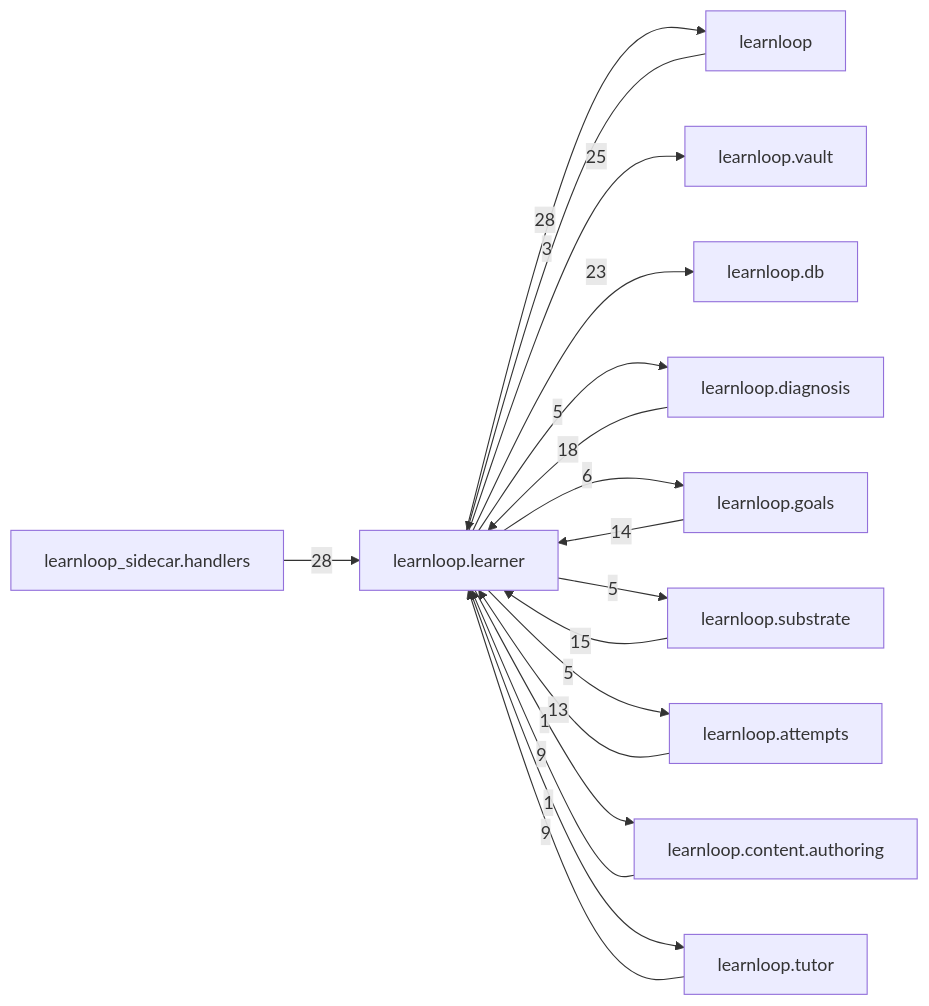
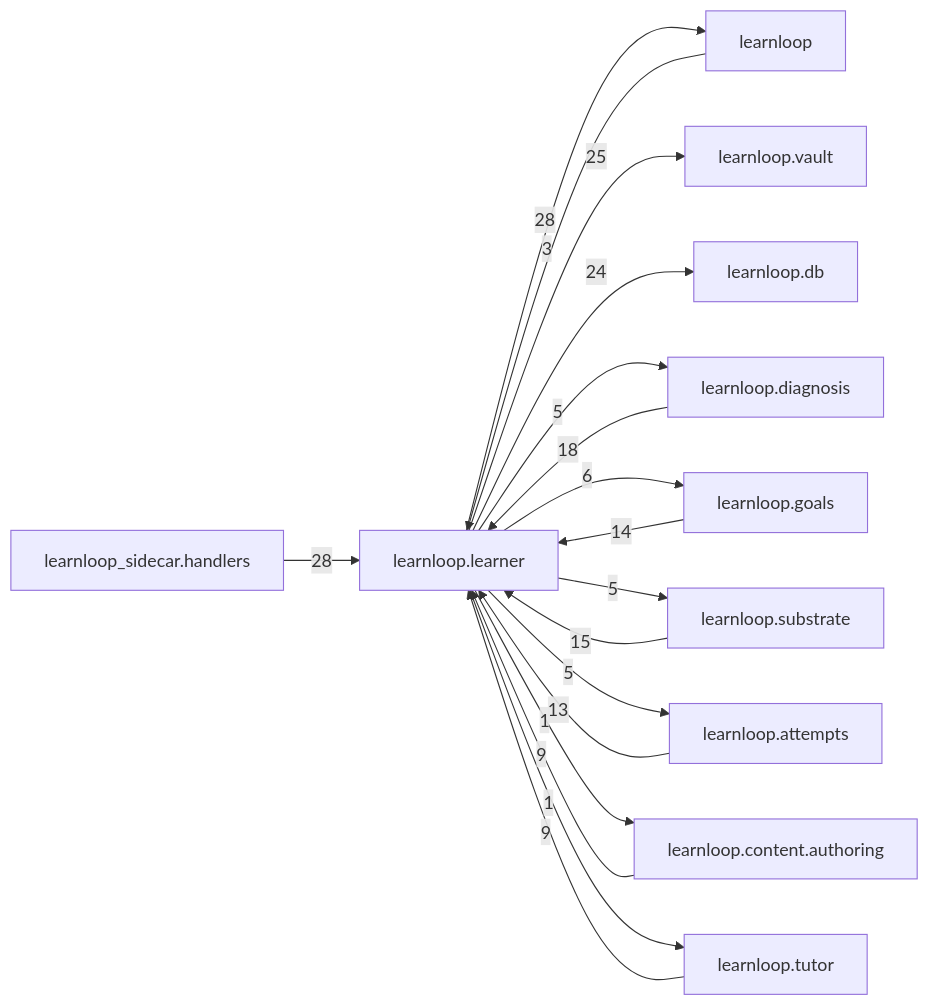
The diagram in docs/learnloop-architecture-vault/Reference/Modules/learnloop/learner/_package.md (6up-b/learnanything), drawn with Mermaid before and after one commit. The commit also changed other lines of this file and 49 other files, not shown here.

````diff
--- a/docs/learnloop-architecture-vault/Reference/Modules/learnloop/learner/_package.md
+++ b/docs/learnloop-architecture-vault/Reference/Modules/learnloop/learner/_package.md
@@ -156,31 +156,31 @@
 ```mermaid
 flowchart LR
     center["learnloop.learner"]
     n_learnloop["learnloop"]
     n_learnloop_sidecar_handlers["learnloop_sidecar.handlers"]
     n_learnloop_vault["learnloop.vault"]
     n_learnloop_db["learnloop.db"]
     n_learnloop_diagnosis["learnloop.diagnosis"]
     n_learnloop_goals["learnloop.goals"]
     n_learnloop_substrate["learnloop.substrate"]
     n_learnloop_attempts["learnloop.attempts"]
     n_learnloop_content_authoring["learnloop.content.authoring"]
     n_learnloop_tutor["learnloop.tutor"]
     n_learnloop -->|3| center
     center -->|28| n_learnloop
     n_learnloop_sidecar_handlers -->|28| center
     center -->|25| n_learnloop_vault
-    center -->|23| n_learnloop_db
+    center -->|24| n_learnloop_db
     n_learnloop_diagnosis -->|18| center
     center -->|5| n_learnloop_diagnosis
     n_learnloop_goals -->|14| center
     center -->|6| n_learnloop_goals
     n_learnloop_substrate -->|15| center
     center -->|5| n_learnloop_substrate
     n_learnloop_attempts -->|13| center
     center -->|5| n_learnloop_attempts
     n_learnloop_content_authoring -->|9| center
     center -->|1| n_learnloop_content_authoring
     n_learnloop_tutor -->|9| center
     center -->|1| n_learnloop_tutor
 ```
````
